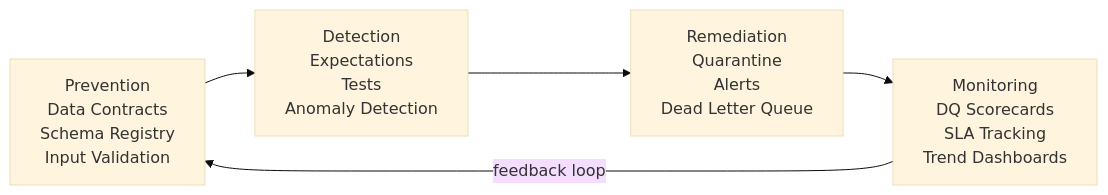
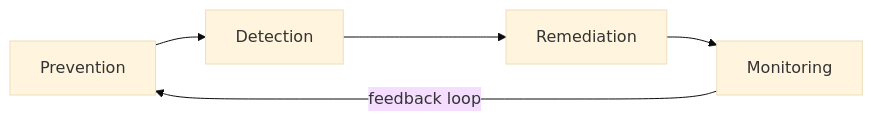
One commit to gcmishra7/data-engineering-helper changed the diagram in 04-data-quality/02-dq-framework-design.md. Above: the diagram before and after it, drawn with Mermaid (base theme). The commit also changed other lines of this file and 57 other files, not shown here.

First line of the commit message:
Shorten mermaid node labels to fix text truncation on GitHub

````diff
--- a/04-data-quality/02-dq-framework-design.md
+++ b/04-data-quality/02-dq-framework-design.md
@@ -8,8 +8,8 @@
 ```mermaid
 graph LR
-    P[Prevention<br/>Data Contracts<br/>Schema Registry<br/>Input Validation] --> D
-    D[Detection<br/>Expectations<br/>Tests<br/>Anomaly Detection] --> R
-    R[Remediation<br/>Quarantine<br/>Alerts<br/>Dead Letter Queue] --> M
-    M[Monitoring<br/>DQ Scorecards<br/>SLA Tracking<br/>Trend Dashboards]
+    P[Prevention] --> D
+    D[Detection] --> R
+    R[Remediation] --> M
+    M[Monitoring]
     M -->|feedback loop| P
 ```
````
